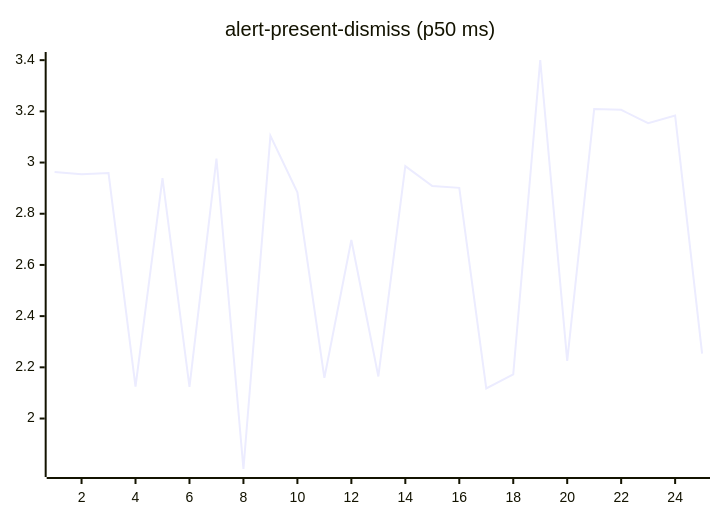
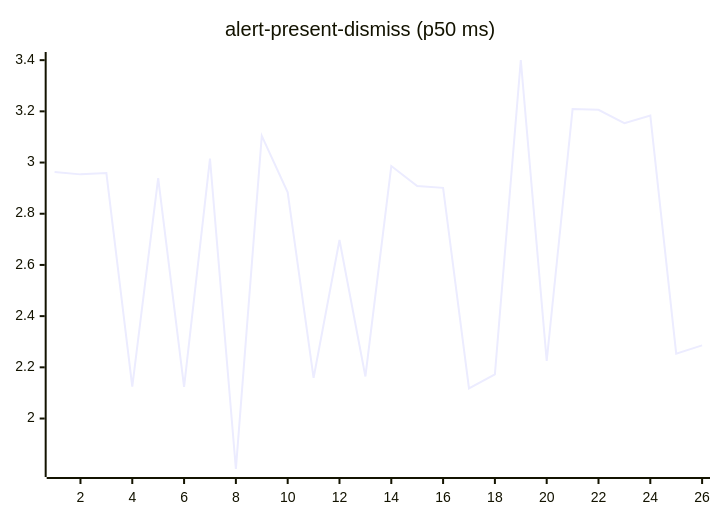
Before and after one commit to josha/Facet: the second of 27 diagrams in README.md, drawn with Mermaid. The commit also changed other lines of this file and 2 other files, not shown here.

````diff
--- a/README.md
+++ b/README.md
@@ -70,6 +70,6 @@
 ```mermaid
 xychart-beta
     title "alert-present-dismiss (p50 ms)"
-    x-axis 1 --> 25
-    line [2.9632, 2.9538, 2.9589, 2.1244, 2.9396, 2.1232, 3.0157, 1.8028, 3.1043, 2.8834, 2.1588, 2.6974, 2.1643, 2.9862, 2.9085, 2.9011, 2.1177, 2.1729, 3.4006, 2.2253, 3.2090, 3.2058, 3.1536, 3.1837, 2.2536]
+    x-axis 1 --> 26
+    line [2.9632, 2.9538, 2.9589, 2.1244, 2.9396, 2.1232, 3.0157, 1.8028, 3.1043, 2.8834, 2.1588, 2.6974, 2.1643, 2.9862, 2.9085, 2.9011, 2.1177, 2.1729, 3.4006, 2.2253, 3.2090, 3.2058, 3.1536, 3.1837, 2.2536, 2.2857]
 ```
````
